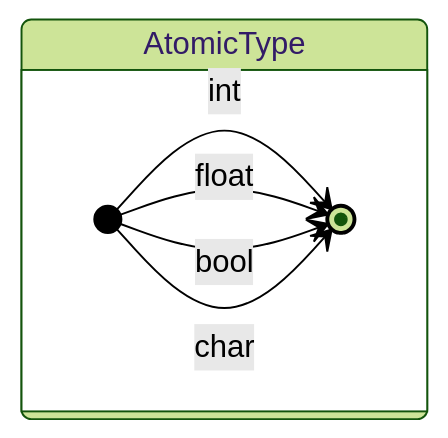
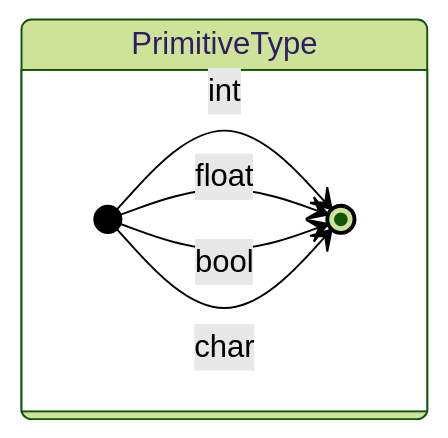
Diagram 30 of 34 in docs/syntax/syntax.md (coszio/gucci-lang), drawn with Mermaid (forest theme) before and after one commit. The commit also changed other lines of this file and 13 other files, not shown here.

````diff
--- a/docs/syntax/syntax.md
+++ b/docs/syntax/syntax.md
@@ -344,10 +350,10 @@
 ```mermaid
 stateDiagram-v2
-state AtomicType {
+state PrimitiveType {
   direction LR
   [*] --> [*]: int
   [*] --> [*]: float
   [*] --> [*]: bool
   [*] --> [*]: char
 }
 ```
````
